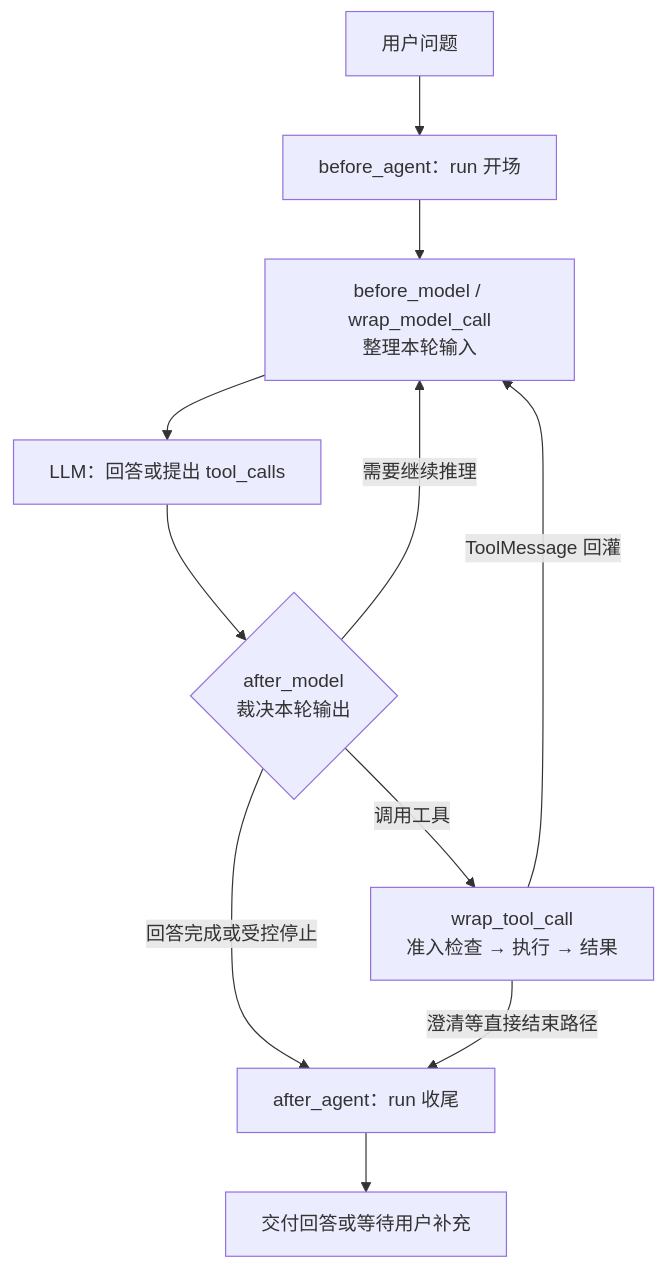
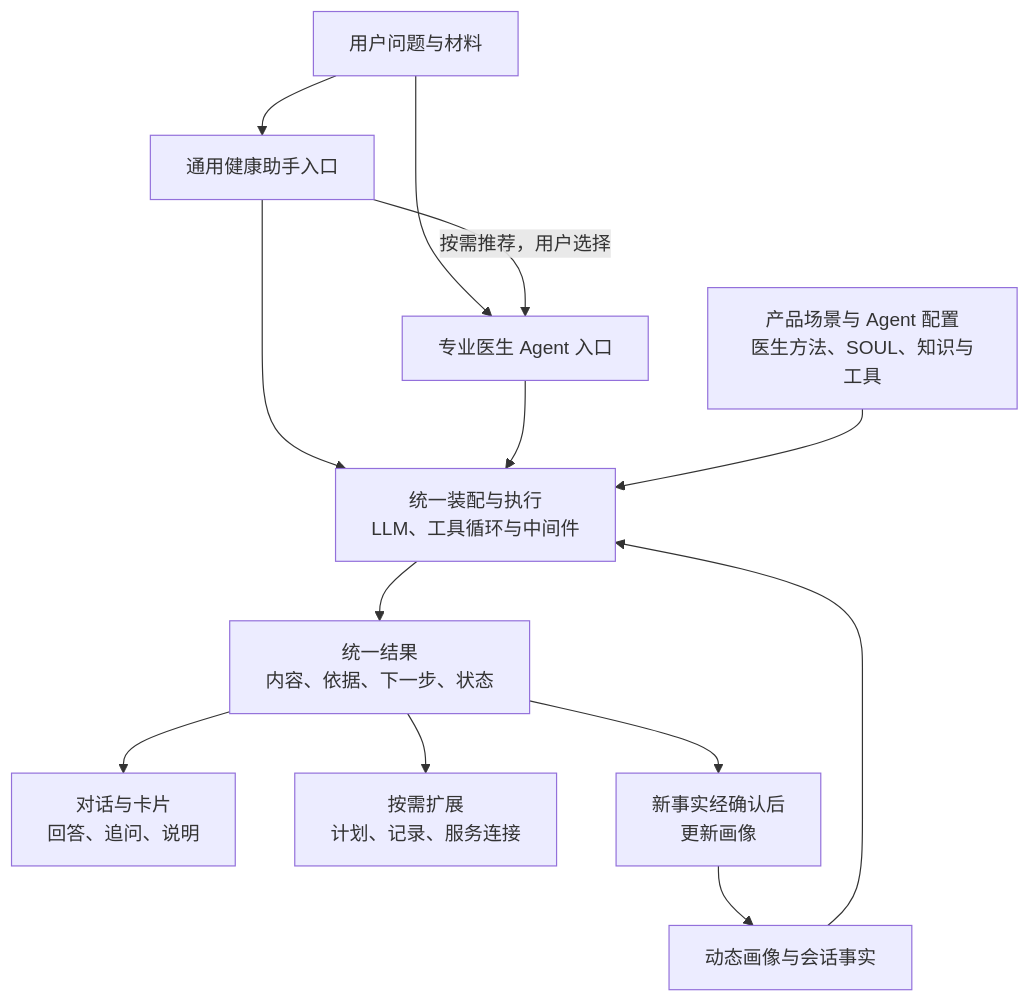
One commit to heart-scalpel/toolkit changed the first of 3 diagrams in docs/medical-engine-harness/README.md. Above: the diagram before and after it, drawn with Mermaid. The commit also changed other lines of this file and 1 other file, not shown here.

````diff
--- a/docs/medical-engine-harness/README.md
+++ b/docs/medical-engine-harness/README.md
@@ -11,13 +55,15 @@
 ```mermaid
 flowchart TD
-  U["用户问题"] --> B["before_agent：run 开场"]
-  B --> P["before_model / wrap_model_call<br/>整理本轮输入"]
-  P --> L["LLM：回答或提出 tool_calls"]
-  L --> A{"after_model<br/>裁决本轮输出"}
-  A -->|调用工具| T["wrap_tool_call<br/>准入检查 → 执行 → 结果"]
-  T -->|ToolMessage 回灌| P
-  A -->|需要继续推理| P
-  A -->|回答完成或受控停止| F["after_agent：run 收尾"]
-  T -->|澄清等直接结束路径| F
-  F --> O["交付回答或等待用户补充"]
+  U["用户问题与材料"] --> G["通用健康助手入口"]
+  U --> D["专业医生 Agent 入口"]
+  G -->|按需推荐，用户选择| D
+  G --> A["统一装配与执行<br/>LLM、工具循环与中间件"]
+  D --> A
+  P["动态画像与会话事实"] --> A
+  C["产品场景与 Agent 配置<br/>医生方法、SOUL、知识与工具"] --> A
+  A --> R["统一结果<br/>内容、依据、下一步、状态"]
+  R --> O["对话与卡片<br/>回答、追问、说明"]
+  R --> T["按需扩展<br/>计划、记录、服务连接"]
+  R --> N["新事实经确认后<br/>更新画像"]
+  N --> P
 ```
````
